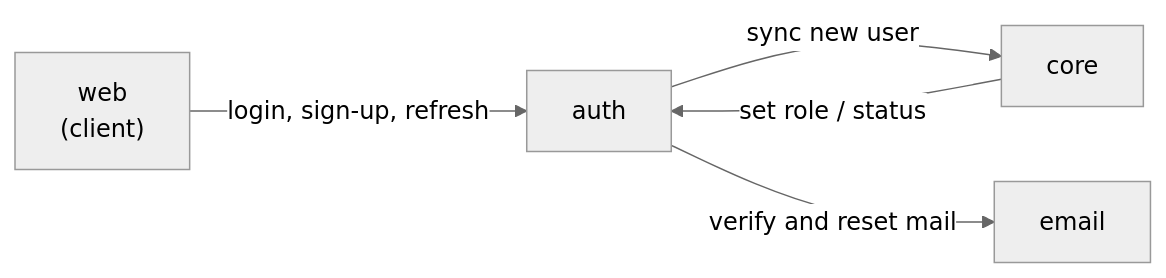
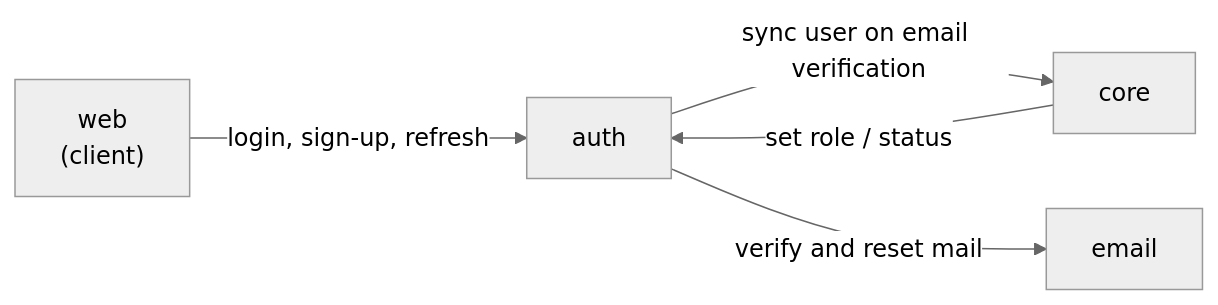
One commit to devboard-app/devboard-docs changed the third of 4 diagrams in architecture/overview.md. Above: the diagram before and after it, drawn with Mermaid (neutral theme). The commit also changed other lines of this file and 21 other files, not shown here.

````diff
--- a/architecture/overview.md
+++ b/architecture/overview.md
@@ -54,12 +54,12 @@
 ```mermaid
 flowchart LR
     web["web<br/>(client)"]
     auth["auth"]
     core["core"]
     email["email"]
 
     web -->|"login, sign-up, refresh"| auth
-    auth -->|"sync new user"| core
+    auth -->|"sync user on email verification"| core
     core -->|"set role / status"| auth
     auth -->|"verify and reset mail"| email
 ```
````
